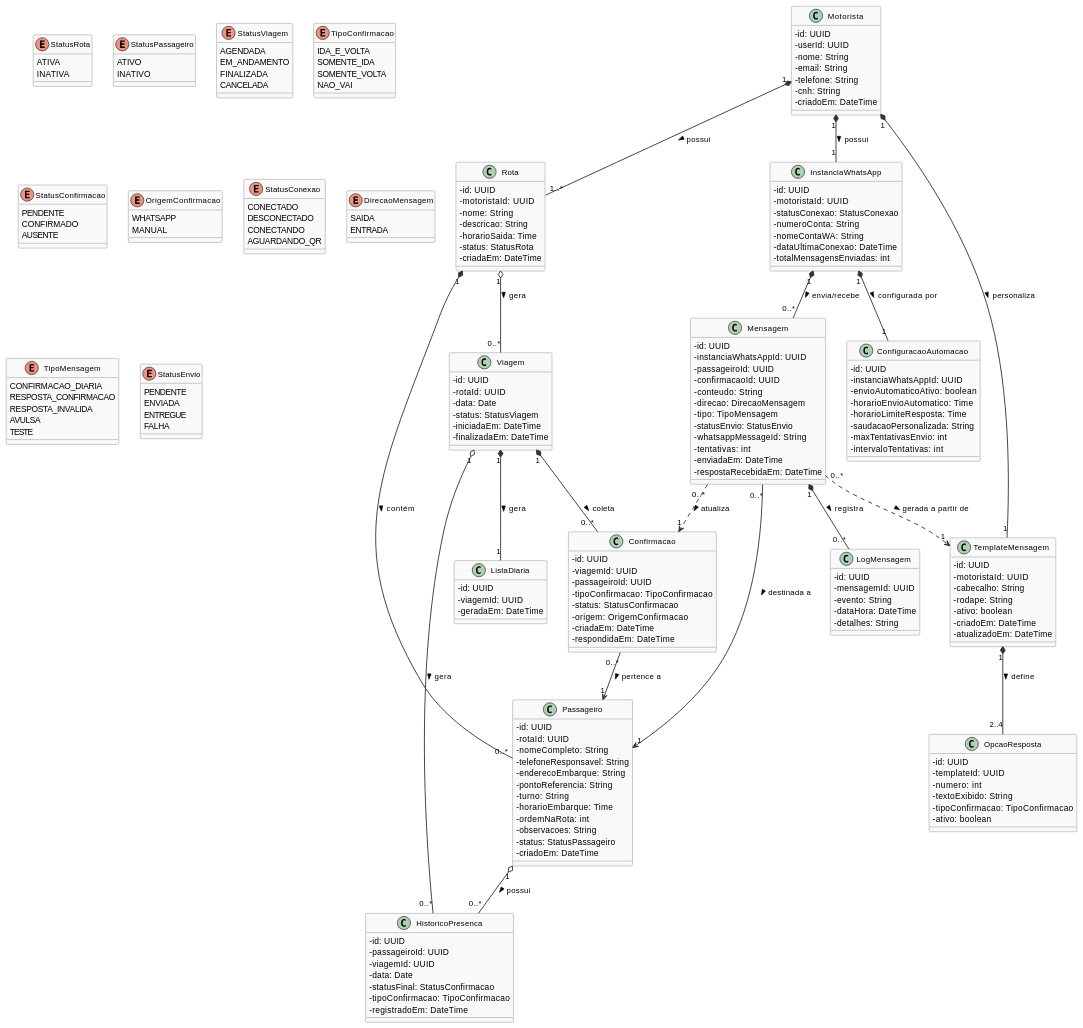
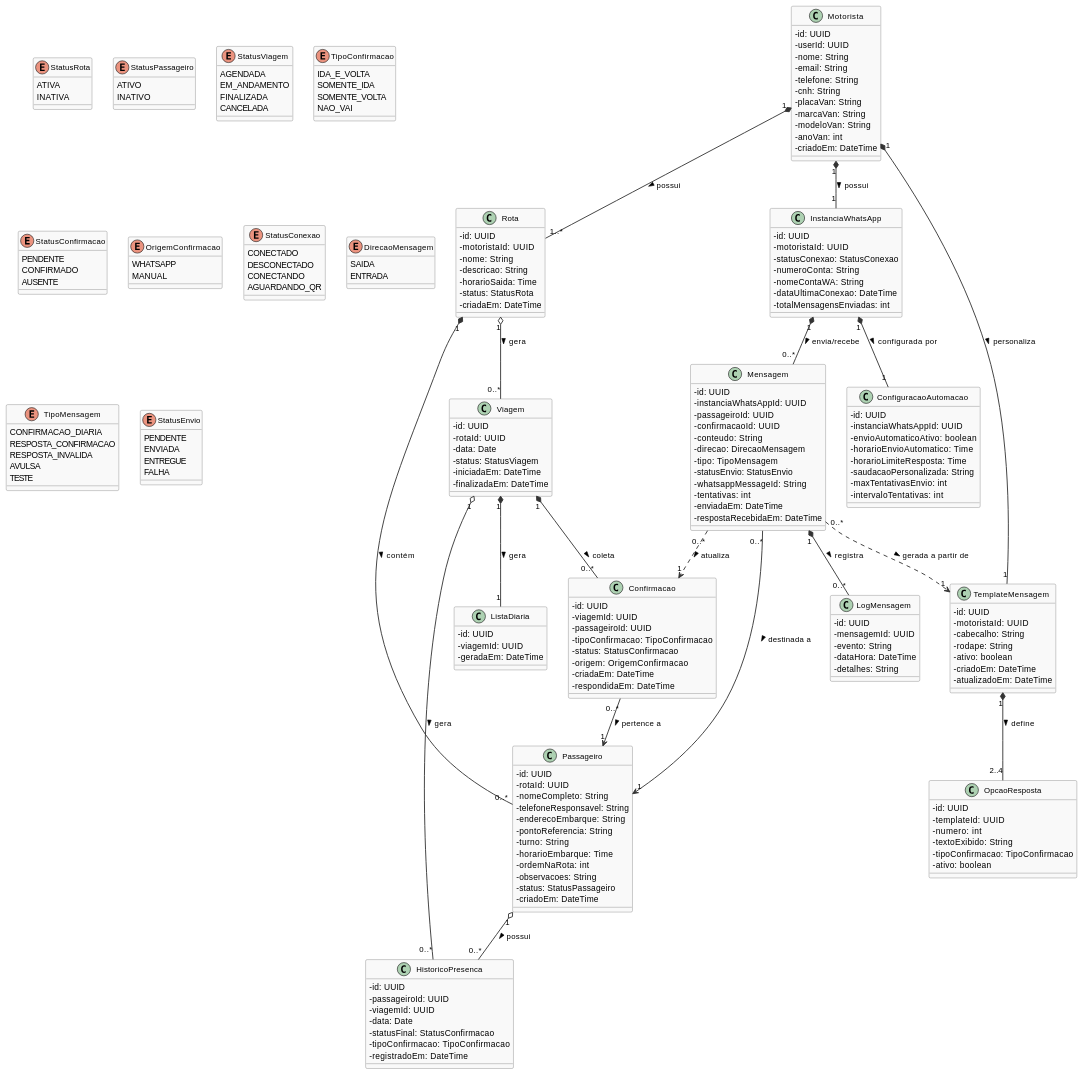
Before and after one commit to RenatoRissato/TCC: the diagram in docs/banco.md, drawn with PlantUML. The commit also changed other lines of this file and 12 other files, not shown here.

````diff
--- a/docs/banco.md
+++ b/docs/banco.md
@@ -15,5 +15,5 @@
 ```plantuml
-@startuml SmartRoute - Diagrama de Classes v2
+@startuml SmartRoutes - Diagrama de Classes v2
 
 skinparam classAttributeIconSize 0
 skinparam classFontSize 13
@@ -31,6 +31,10 @@
   - email: String
   - telefone: String
   - cnh: String
+  - placaVan: String
+  - marcaVan: String
+  - modeloVan: String
+  - anoVan: int
   - criadoEm: DateTime
 }
 
````
